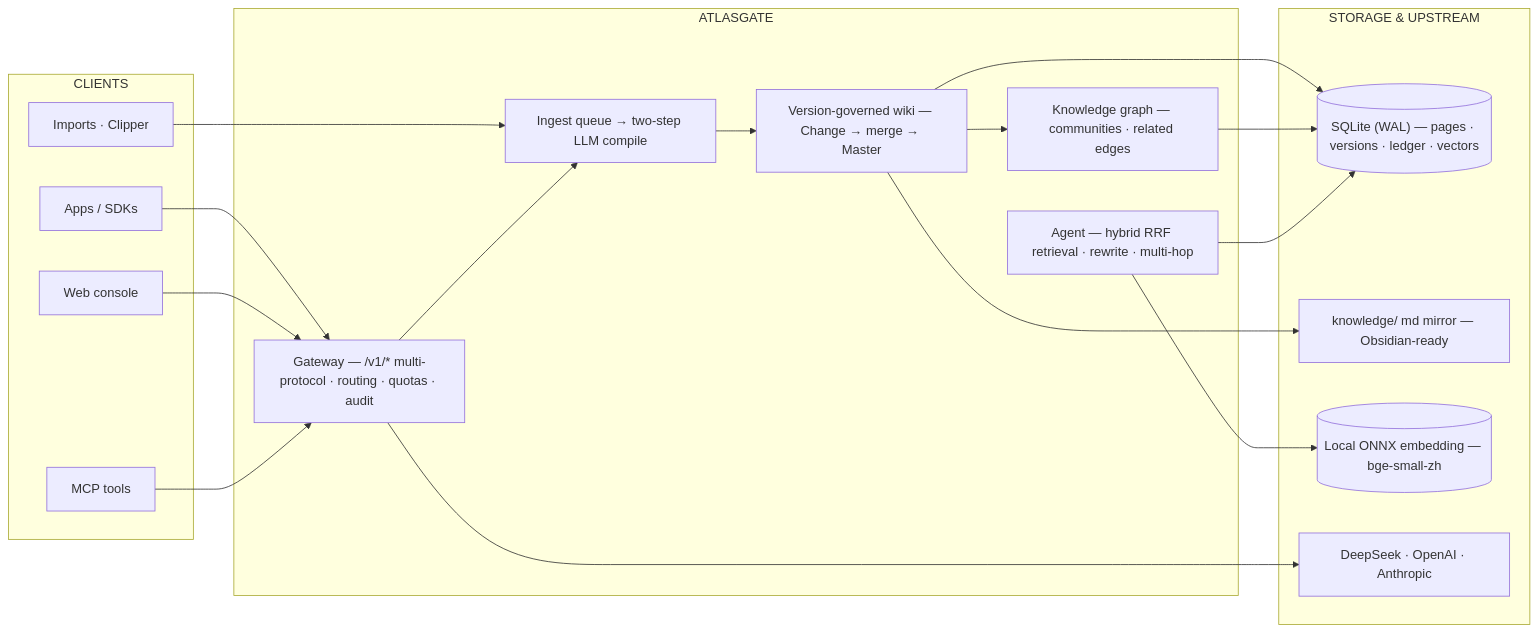
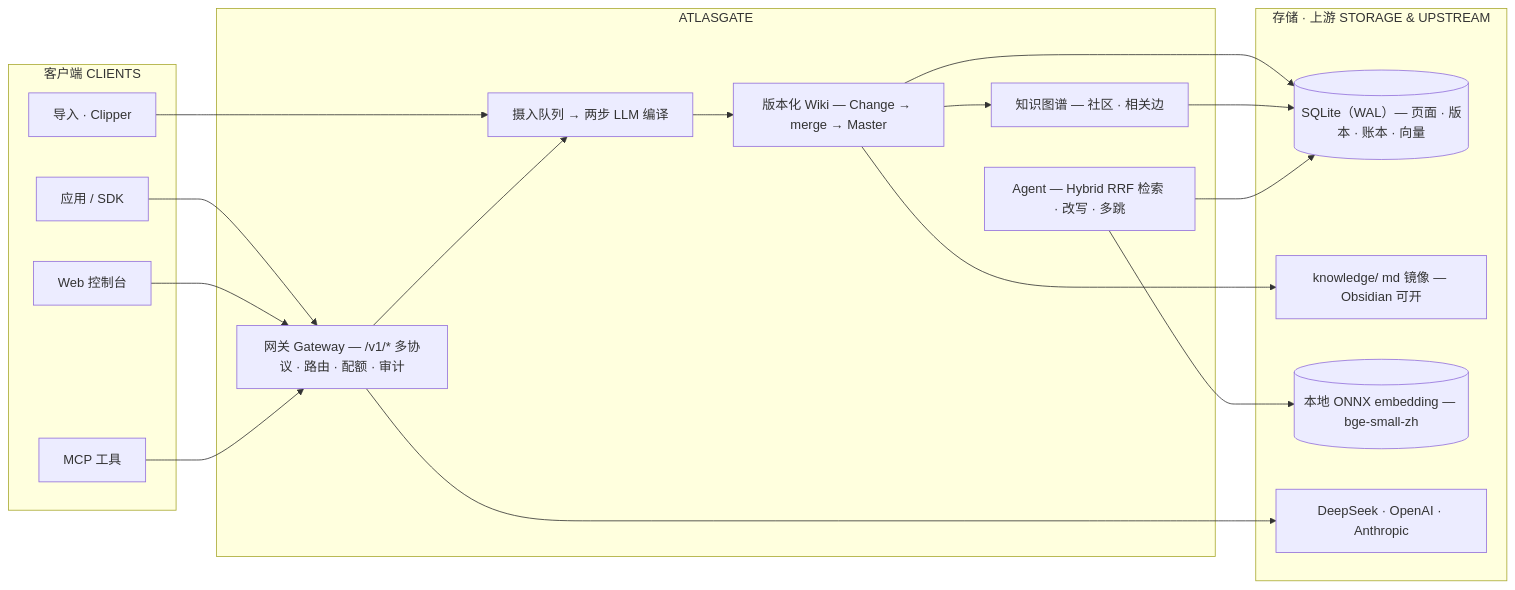
The diagram in README.md (betterkite/AtlasGate), drawn with Mermaid before and after one commit. The commit also changed other lines of this file and 1 other file, not shown here.

First line of the commit message:
docs: fix architecture diagram overflow, make repo intro bilingual (zh/en)

````diff
--- a/README.md
+++ b/README.md
@@ -30,35 +34,35 @@
 ```mermaid
 flowchart LR
-  subgraph Clients["CLIENTS"]
-    APP["Apps / SDKs"]
-    WEB["Web console"]
-    MCP["MCP tools"]
-    IMP["Imports · Clipper"]
+  subgraph Clients["客户端 CLIENTS"]
+    APP["应用 / SDK"]
+    WEB["Web 控制台"]
+    MCP["MCP 工具"]
+    IMP["导入 · Clipper"]
   end
   subgraph Core["ATLASGATE"]
-    GW["Gateway — /v1/* multi-protocol · routing · quotas · audit"]
-    ING["Ingest queue → two-step LLM compile"]
-    WIKI["Version-governed wiki — Change → merge → Master"]
-    GRAPH["Knowledge graph — communities · related edges"]
-    AGENT["Agent — hybrid RRF retrieval · rewrite · multi-hop"]
+    GW["网关 Gateway — /v1/* 多协议 · 路由 · 配额 · 审计"]
+    ING["摄入队列 → 两步 LLM 编译"]
+    WIKI["版本化 Wiki — Change → merge → Master"]
+    GRAPH["知识图谱 — 社区 · 相关边"]
+    AGENT["Agent — Hybrid RRF 检索 · 改写 · 多跳"]
   end
-  subgraph Store["STORAGE & UPSTREAM"]
-    DB[("SQLite (WAL) — pages · versions · ledger · vectors")]
-    MIRROR["knowledge/ md mirror — Obsidian-ready"]
-    EMB[("Local ONNX embedding — bge-small-zh")]
+  subgraph Store["存储 · 上游 STORAGE & UPSTREAM"]
+    DB[("SQLite（WAL）— 页面 · 版本 · 账本 · 向量")]
+    MIRROR["knowledge/ md 镜像 — Obsidian 可开"]
+    EMB[("本地 ONNX embedding — bge-small-zh")]
     UP["DeepSeek · OpenAI · Anthropic"]
   end
   APP --> GW
   WEB --> GW
   MCP --> GW
   IMP --> ING
   GW --> ING
   ING --> WIKI
   WIKI --> GRAPH
   WIKI --> DB
   GRAPH --> DB
   AGENT --> DB
   AGENT --> EMB
   WIKI --> MIRROR
   GW --> UP
 ```
````
